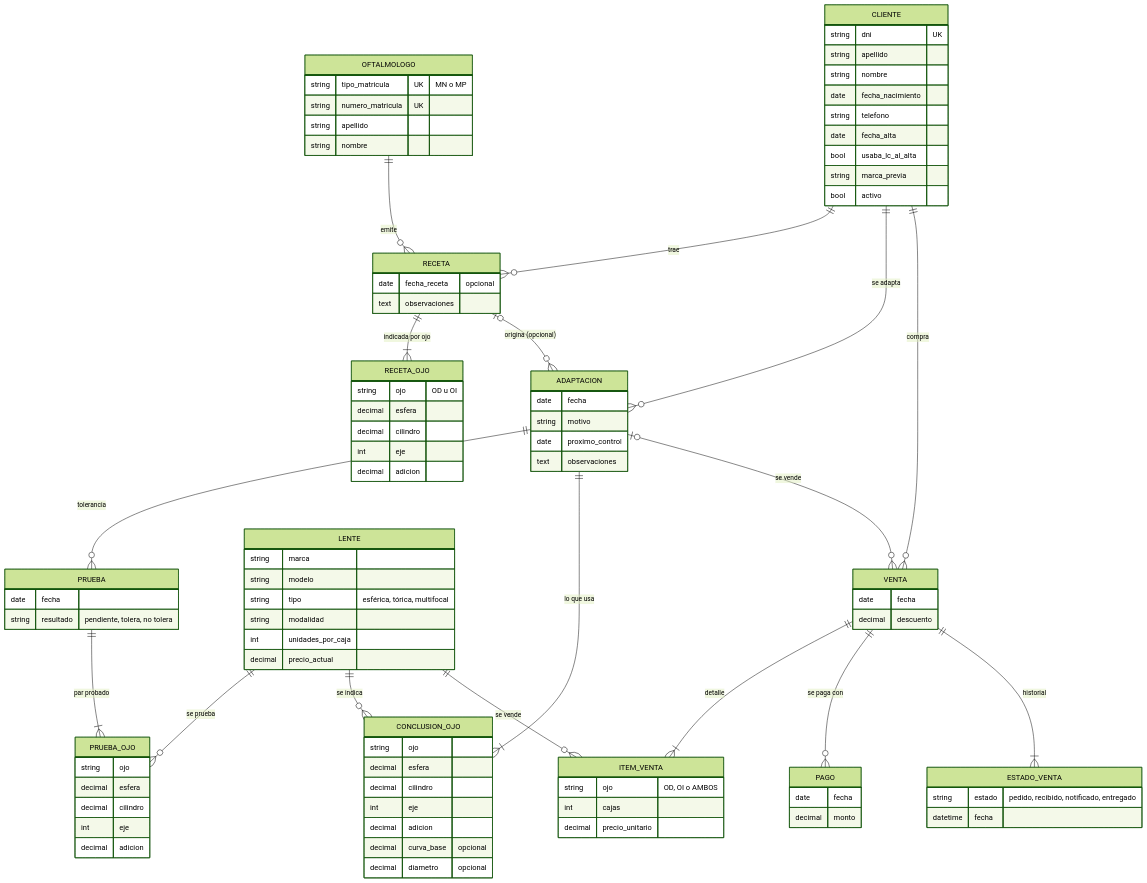
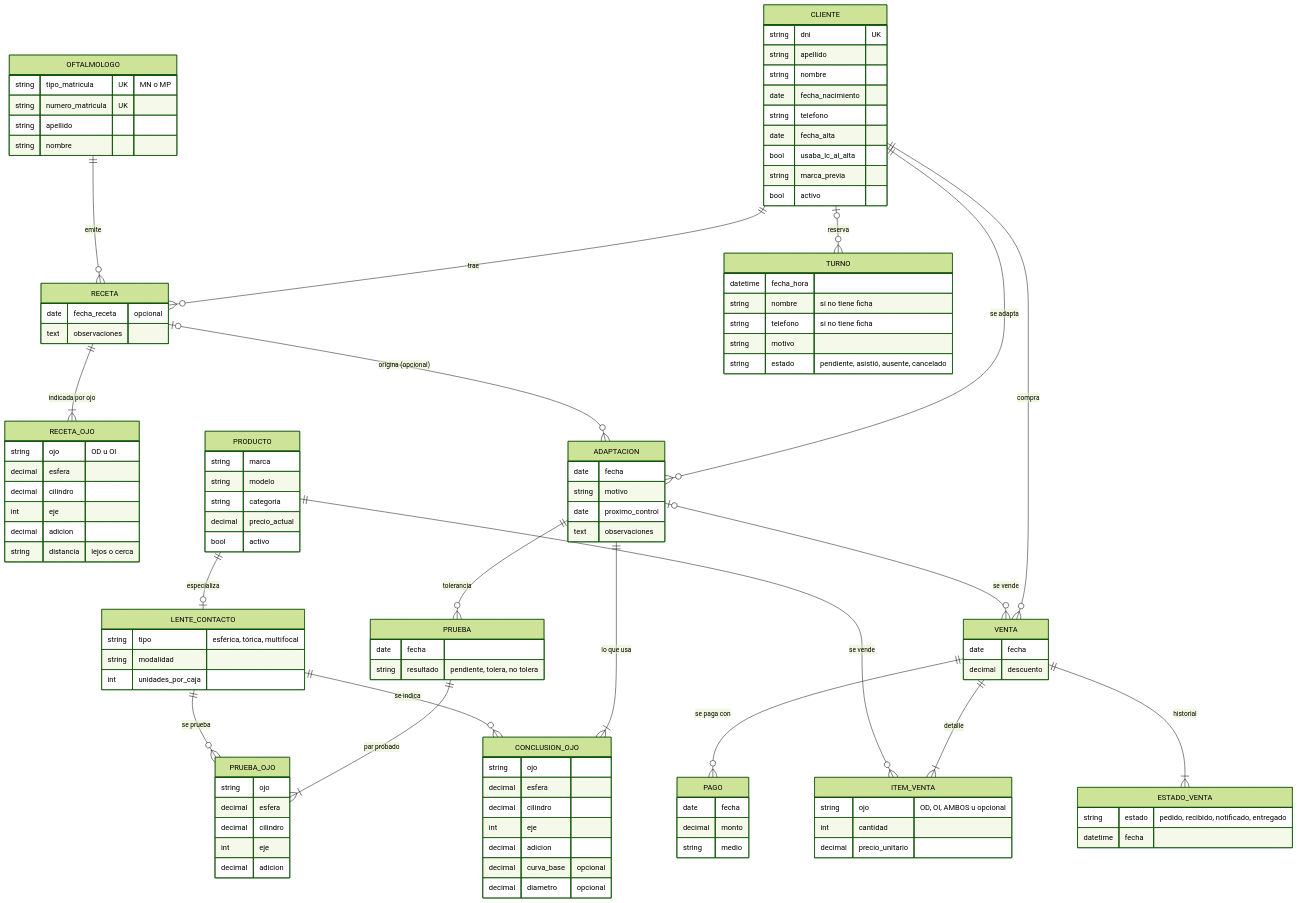
One commit to marcosnicolasdev-code/optica-sistema changed the diagram in README.md. Above: the diagram before and after it, drawn with Mermaid (forest theme). The commit also changed other lines of this file, not shown here.

```diff
--- a/README.md
+++ b/README.md
@@ -46,12 +50,14 @@
     ADAPTACION ||--o{ PRUEBA : tolerancia
     PRUEBA ||--|{ PRUEBA_OJO : "par probado"
     ADAPTACION ||--|{ CONCLUSION_OJO : "lo que usa"
-    LENTE ||--o{ PRUEBA_OJO : "se prueba"
-    LENTE ||--o{ CONCLUSION_OJO : "se indica"
+    PRODUCTO ||--o| LENTE_CONTACTO : especializa
+    LENTE_CONTACTO ||--o{ PRUEBA_OJO : "se prueba"
+    LENTE_CONTACTO ||--o{ CONCLUSION_OJO : "se indica"
     CLIENTE ||--o{ VENTA : compra
     ADAPTACION |o--o{ VENTA : "se vende"
     VENTA ||--|{ ITEM_VENTA : detalle
-    LENTE ||--o{ ITEM_VENTA : "se vende"
+    PRODUCTO ||--o{ ITEM_VENTA : "se vende"
+    CLIENTE |o--o{ TURNO : reserva
     VENTA ||--o{ PAGO : "se paga con"
     VENTA ||--|{ ESTADO_VENTA : historial
 
@@ -82,6 +88,7 @@
         decimal cilindro
         int eje
         decimal adicion
+        string distancia "lejos o cerca"
     }
     ADAPTACION {
         date fecha
@@ -109,26 +116,38 @@
         decimal curva_base "opcional"
         decimal diametro "opcional"
     }
-    LENTE {
+    PRODUCTO {
         string marca
         string modelo
+        string categoria
+        decimal precio_actual
+        bool activo
+    }
+    LENTE_CONTACTO {
         string tipo "esférica, tórica, multifocal"
         string modalidad
         int unidades_por_caja
-        decimal precio_actual
     }
     VENTA {
         date fecha
         decimal descuento
     }
     ITEM_VENTA {
-        string ojo "OD, OI o AMBOS"
-        int cajas
+        string ojo "OD, OI, AMBOS u opcional"
+        int cantidad
         decimal precio_unitario
     }
     PAGO {
         date fecha
         decimal monto
+        string medio
+    }
+    TURNO {
+        datetime fecha_hora
+        string nombre "si no tiene ficha"
+        string telefono "si no tiene ficha"
+        string motivo
+        string estado "pendiente, asistió, ausente, cancelado"
     }
     ESTADO_VENTA {
         string estado "pedido, recibido, notificado, entregado"
```
